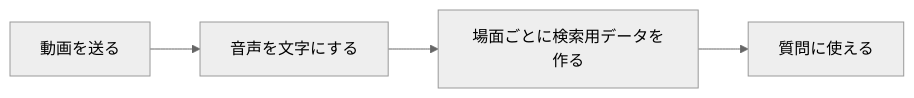
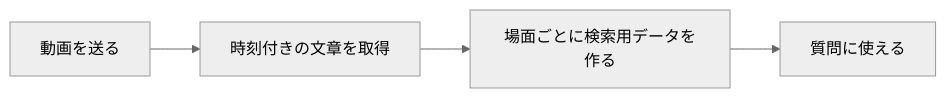
The diagram in apps/docs/i18n/ja/docusaurus-plugin-content-docs/current/getting-started/first-walkthrough.md (yukiharada1228/videoq), drawn with Mermaid (neutral theme) before and after one commit. The commit also changed other lines of this file and 24 other files, not shown here.

````diff
--- a/apps/docs/i18n/ja/docusaurus-plugin-content-docs/current/getting-started/first-walkthrough.md
+++ b/apps/docs/i18n/ja/docusaurus-plugin-content-docs/current/getting-started/first-walkthrough.md
@@ -22,6 +24,6 @@
 ```mermaid
 flowchart LR
-    A[動画を送る] --> B[音声を文字にする]
+    A[動画を送る] --> B[時刻付きの文章を取得]
     B --> C[場面ごとに検索用データを作る]
     C --> D[質問に使える]
 ```
````
